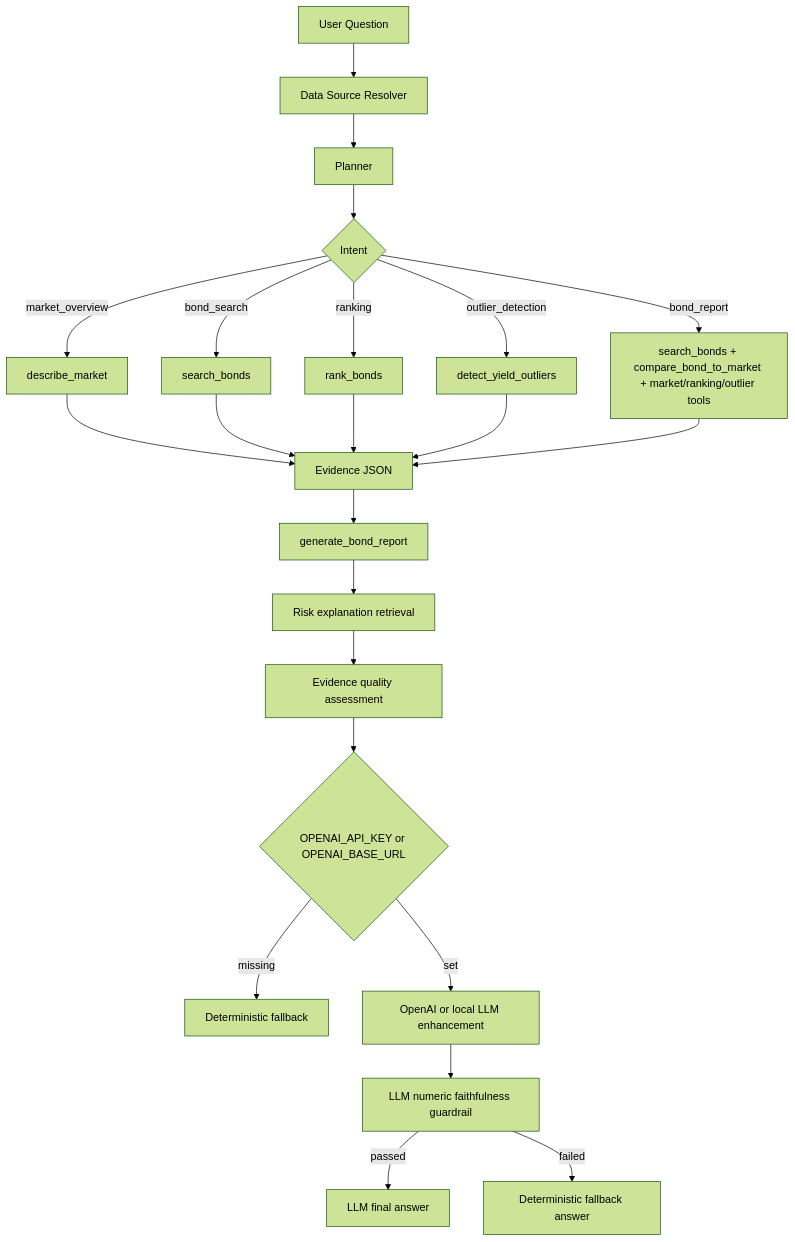
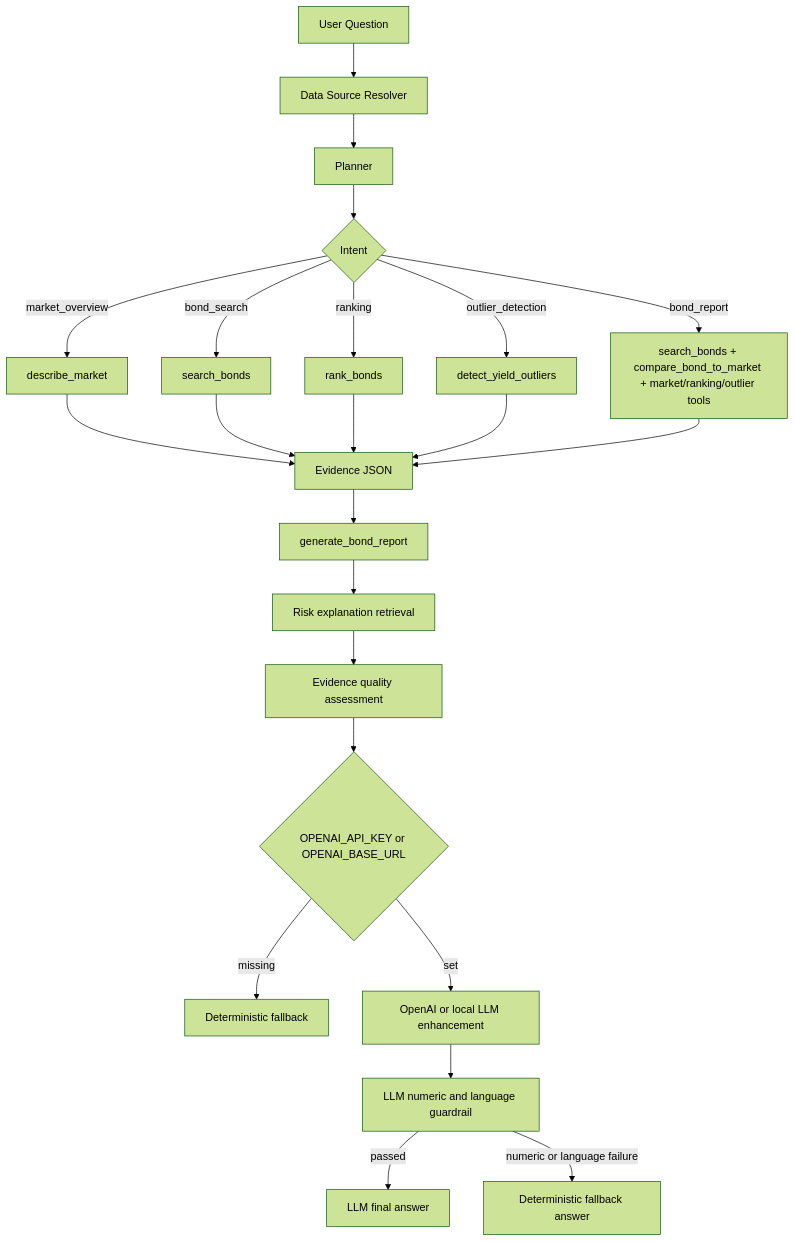
The diagram in README.md (Phoenix0531-sudo/bondlens-ai), drawn with Mermaid (forest theme) before and after one commit. The commit also changed other lines of this file and 15 other files, not shown here.

````diff
--- a/README.md
+++ b/README.md
@@ -67,25 +68,25 @@
 ```mermaid
 flowchart TD
     A[User Question] --> B[Data Source Resolver]
     B --> C[Planner]
     C --> D{Intent}
     D -->|market_overview| E[describe_market]
     D -->|bond_search| F[search_bonds]
     D -->|ranking| G[rank_bonds]
     D -->|outlier_detection| H[detect_yield_outliers]
     D -->|bond_report| I[search_bonds + compare_bond_to_market + market/ranking/outlier tools]
     E --> J[Evidence JSON]
     F --> J
     G --> J
     H --> J
     I --> J
     J --> K[generate_bond_report]
     K --> L[Risk explanation retrieval]
     L --> M[Evidence quality assessment]
     M --> N{OPENAI_API_KEY or OPENAI_BASE_URL}
     N -->|missing| O[Deterministic fallback]
     N -->|set| P[OpenAI or local LLM enhancement]
-    P --> Q[LLM numeric faithfulness guardrail]
+    P --> Q[LLM numeric and language guardrail]
     Q -->|passed| R[LLM final answer]
-    Q -->|failed| S[Deterministic fallback answer]
+    Q -->|numeric or language failure| S[Deterministic fallback answer]
 ```
````
